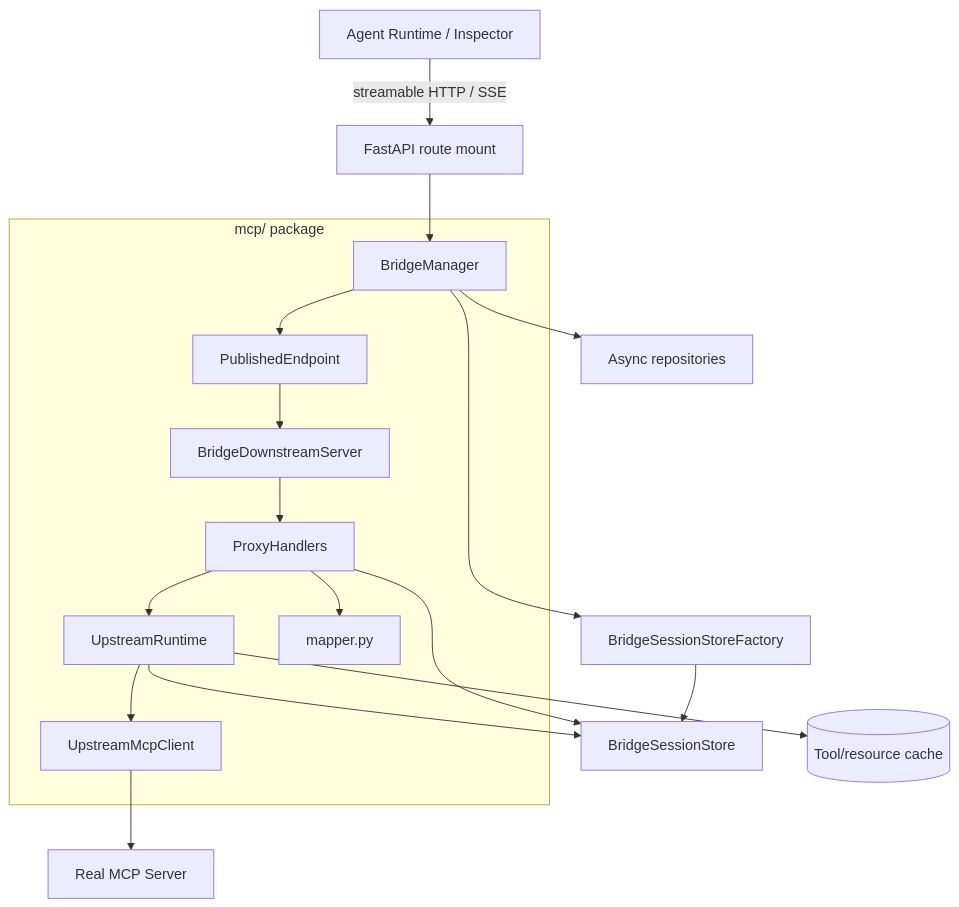
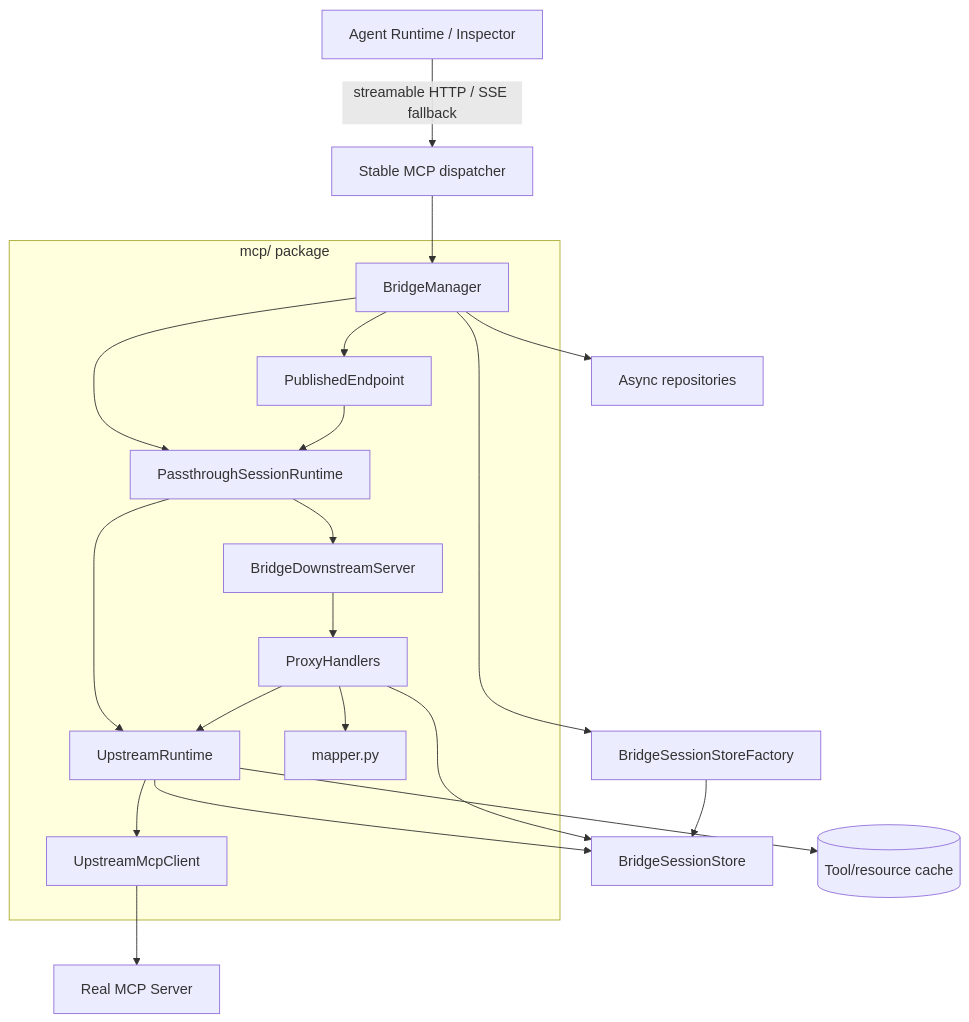
One commit to JilongSun/mcpapps-bridge changed the first of 3 diagrams in docs/architecture/mcp-layer.md. Above: the diagram before and after it, drawn with Mermaid. The commit also changed other lines of this file and 8 other files, not shown here.

First line of the commit message:
feat(backend): isolate passthrough MCP sessions

````diff
--- a/docs/architecture/mcp-layer.md
+++ b/docs/architecture/mcp-layer.md
@@ -9,29 +9,33 @@
 ```mermaid
 flowchart TD
-    Client["Agent Runtime / Inspector"] --> |"streamable HTTP / SSE"| API["FastAPI route mount"]
+    Client["Agent Runtime / Inspector"] --> |"streamable HTTP / SSE fallback"| API["Stable MCP dispatcher"]
     API --> Manager["BridgeManager"]
     Manager --> Endpoint["PublishedEndpoint"]
     Manager --> Repositories["Async repositories"]
     Manager --> Factory["BridgeSessionStoreFactory"]
-    Endpoint --> Downstream["BridgeDownstreamServer"]
+    Manager --> SessionRuntime["PassthroughSessionRuntime"]
+    Endpoint --> SessionRuntime
+    SessionRuntime --> Downstream["BridgeDownstreamServer"]
     Downstream --> Handlers["ProxyHandlers"]
-    Handlers --> Runtime["UpstreamRuntime"]
+    SessionRuntime --> Runtime["UpstreamRuntime"]
+    Handlers --> Runtime
     Runtime --> Upstream["UpstreamMcpClient"]
     Upstream --> Real["Real MCP Server"]
 
     Factory --> Store["BridgeSessionStore"]
     Runtime --> Store
     Handlers --> Store
     Runtime --> Cache[("Tool/resource cache")]
     Handlers --> Mapper["mapper.py"]
 
     subgraph "mcp/ package"
         Manager
         Endpoint
+        SessionRuntime
         Downstream
         Handlers
         Runtime
         Upstream
         Mapper
     end
 ```
````
